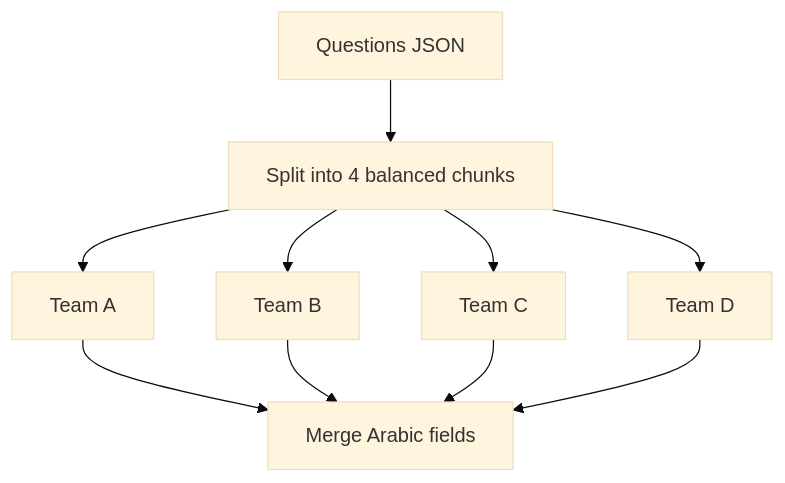
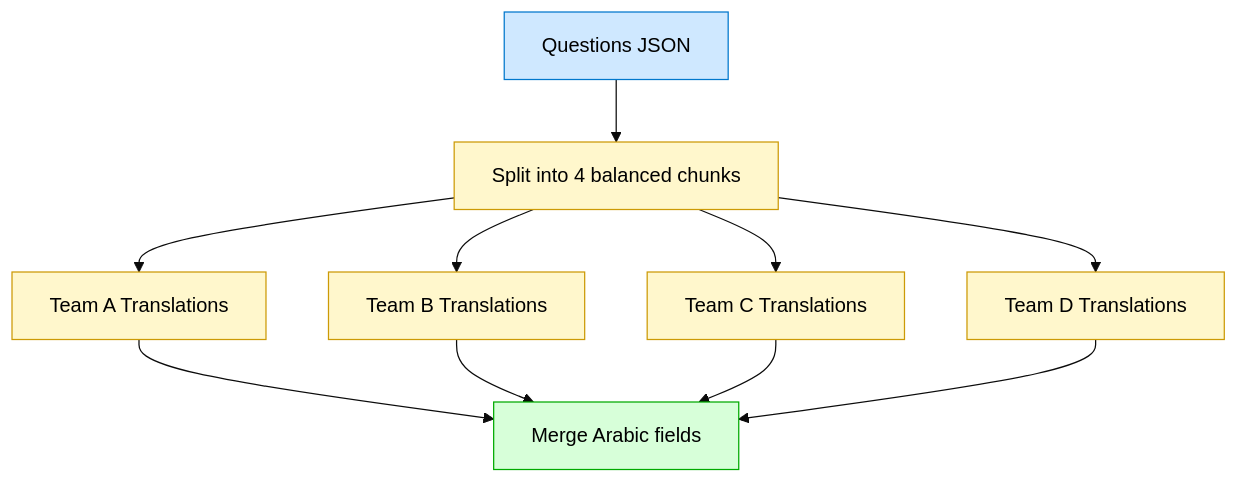
Before and after one commit to Zeyadmosalem/Graduation: the third of 5 diagrams in README.md, drawn with Mermaid (base theme). The commit also changed other lines of this file, not shown here.

````diff
--- a/README.md
+++ b/README.md
@@ -112,12 +176,21 @@
 ```mermaid
 flowchart TD
     T1[Questions JSON] --> T2[Split into 4 balanced chunks]
-    T2 --> T3A[Team A]
-    T2 --> T3B[Team B]
-    T2 --> T3C[Team C]
-    T2 --> T3D[Team D]
+    T2 --> T3A[Team A Translations]
+    T2 --> T3B[Team B Translations]
+    T2 --> T3C[Team C Translations]
+    T2 --> T3D[Team D Translations]
     T3A --> T4[Merge Arabic fields]
     T3B --> T4
     T3C --> T4
     T3D --> T4
+
+    style T1 fill:#cfe8ff,stroke:#0077cc,color:#000
+    style T2 fill:#fff7cc,stroke:#cc9a06,color:#000
+    style T3A fill:#fff7cc,stroke:#cc9a06,color:#000
+    style T3B fill:#fff7cc,stroke:#cc9a06,color:#000
+    style T3C fill:#fff7cc,stroke:#cc9a06,color:#000
+    style T3D fill:#fff7cc,stroke:#cc9a06,color:#000
+    style T4 fill:#d7ffd9,stroke:#0a0,color:#000
+
 ```
````
